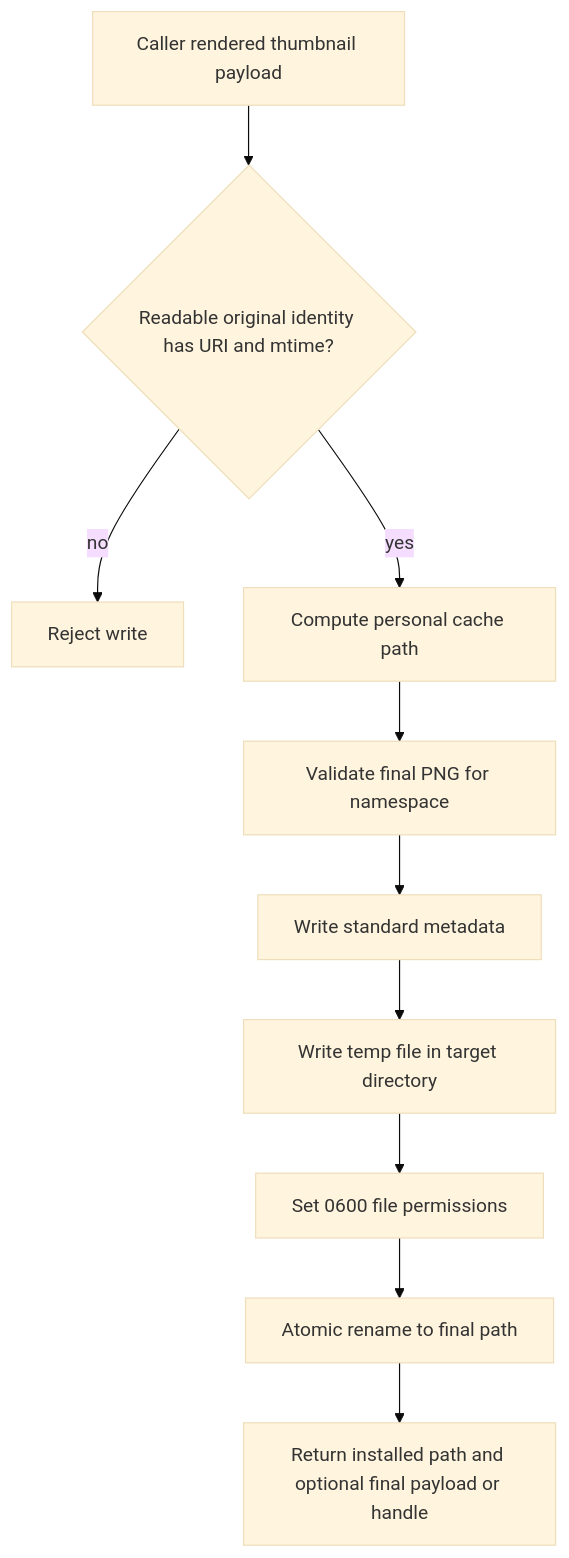
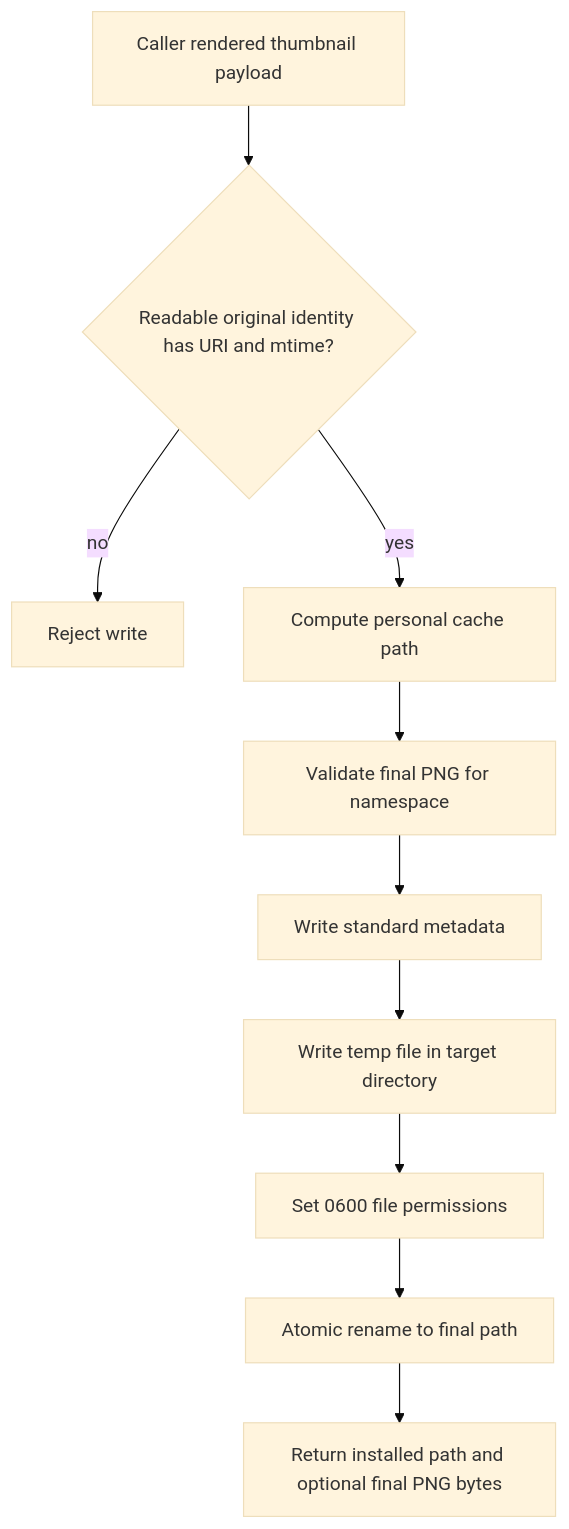
Before and after one commit to hnjae/xdg-thumbnail: the second of 2 diagrams in docs/architecture/thumbnail-lifecycle.md, drawn with Mermaid (base theme). The commit also changed other lines of this file and 2 other files, not shown here.

Commit message:
docs(api): define path and bytes outputs

````diff
--- a/docs/architecture/thumbnail-lifecycle.md
+++ b/docs/architecture/thumbnail-lifecycle.md
@@ -60,12 +60,12 @@
 ```mermaid
 flowchart TD
     A[Caller rendered thumbnail payload] --> B{Readable original identity has URI and mtime?}
     B -- no --> C[Reject write]
     B -- yes --> D[Compute personal cache path]
     D --> E[Validate final PNG for namespace]
     E --> F[Write standard metadata]
     F --> G[Write temp file in target directory]
     G --> H[Set 0600 file permissions]
     H --> I[Atomic rename to final path]
-    I --> J[Return installed path and optional final payload or handle]
+    I --> J[Return installed path and optional final PNG bytes]
 ```
````
